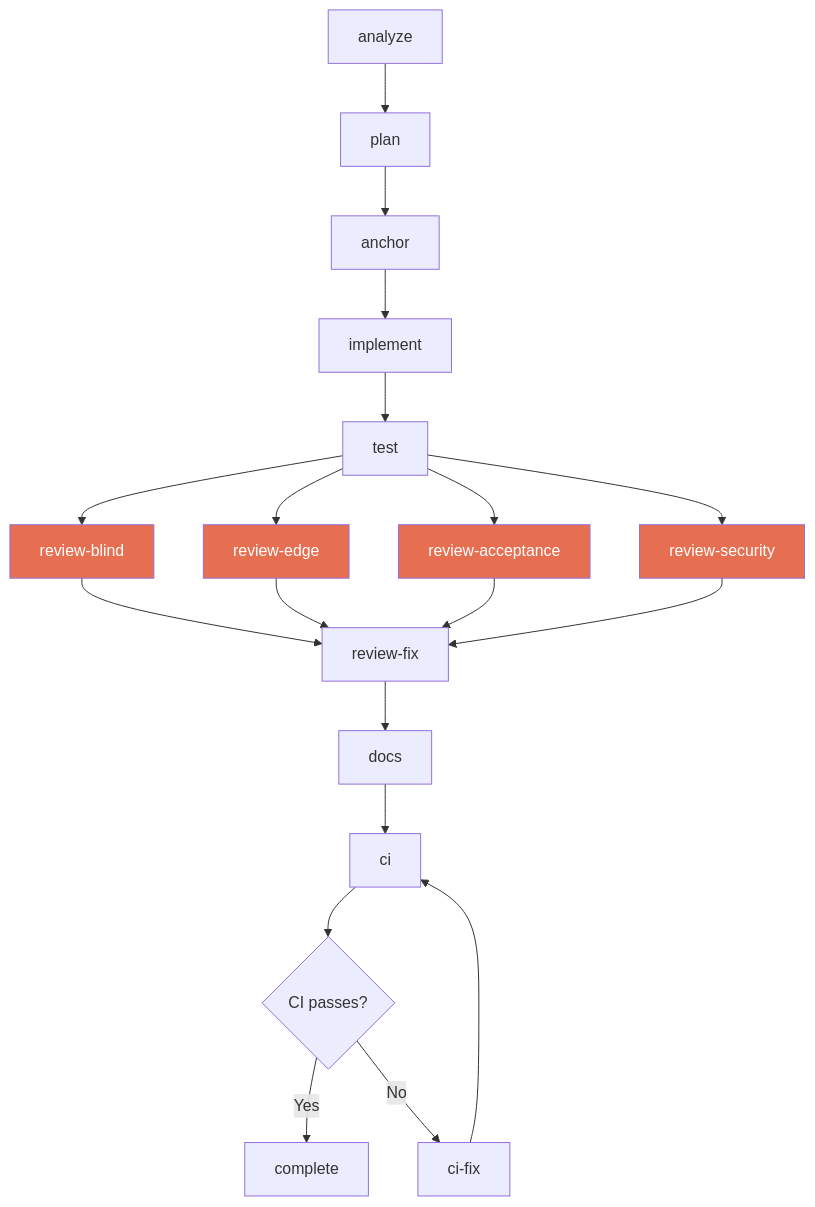
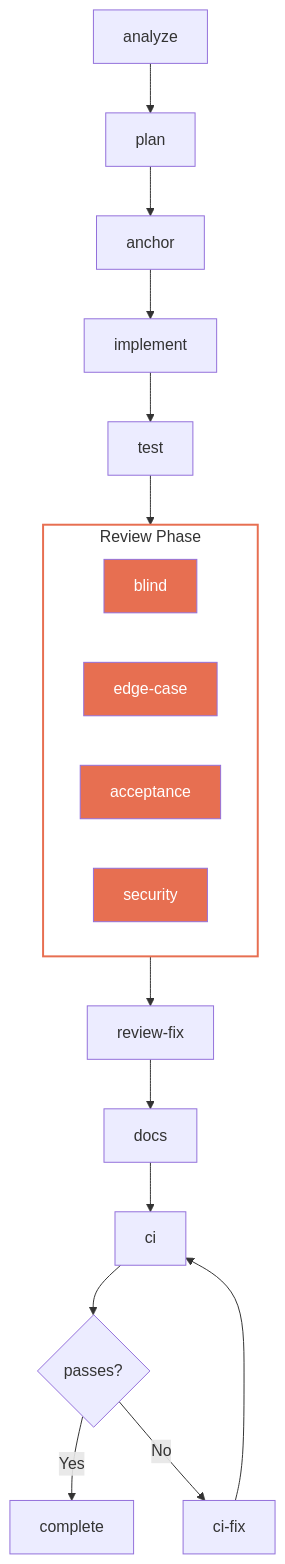
Before and after one commit to jamescrowley321/identity-stack-planning: the second of 4 diagrams in docs/ralph-loop-process.md, drawn with Mermaid. The commit also changed other lines of this file and 4 other files, not shown here.

First line of the commit message:
docs: improve readability of all Mermaid diagrams

````diff
--- a/docs/ralph-loop-process.md
+++ b/docs/ralph-loop-process.md
@@ -52,26 +52,28 @@
 ```mermaid
 flowchart TD
     A[analyze] --> P[plan]
     P --> AN[anchor]
     AN --> I[implement]
     I --> T[test]
-    T --> RB[review-blind]
-    T --> RE[review-edge]
-    T --> RA[review-acceptance]
-    T --> RS[review-security]
-    RB --> RF[review-fix]
-    RE --> RF
-    RA --> RF
-    RS --> RF
+
+    subgraph review["Review Phase"]
+        RB[blind]
+        RE[edge-case]
+        RA[acceptance]
+        RS[security]
+    end
+
+    T --> review
+    review --> RF[review-fix]
     RF --> D[docs]
     D --> CI[ci]
-    CI --> CIF{CI passes?}
+    CI --> CIF{passes?}
     CIF -->|Yes| DONE[complete]
-    CIF -->|No| CIFIX[ci-fix]
-    CIFIX --> CI
+    CIF -->|No| CIFIX[ci-fix] --> CI
 
     style RB fill:#e76f51,color:#fff
     style RE fill:#e76f51,color:#fff
     style RA fill:#e76f51,color:#fff
     style RS fill:#e76f51,color:#fff
+    style review fill:none,stroke:#e76f51,stroke-width:2px
 ```
````
